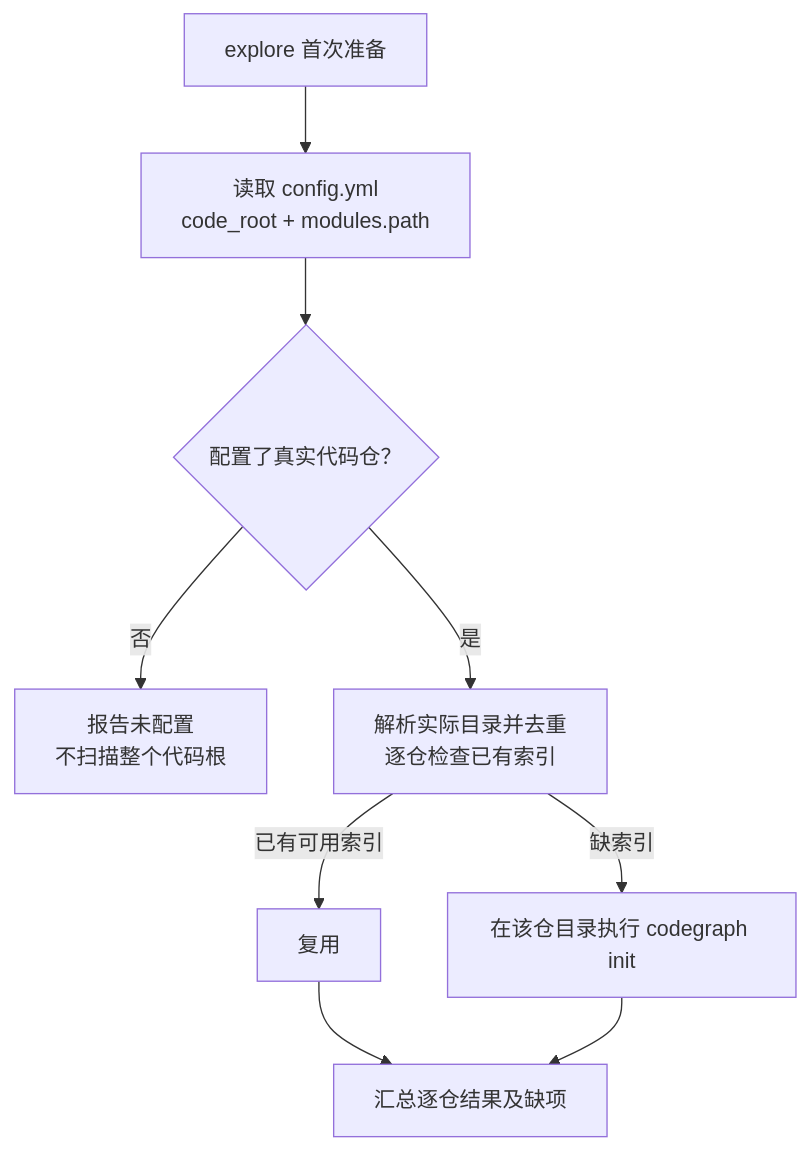
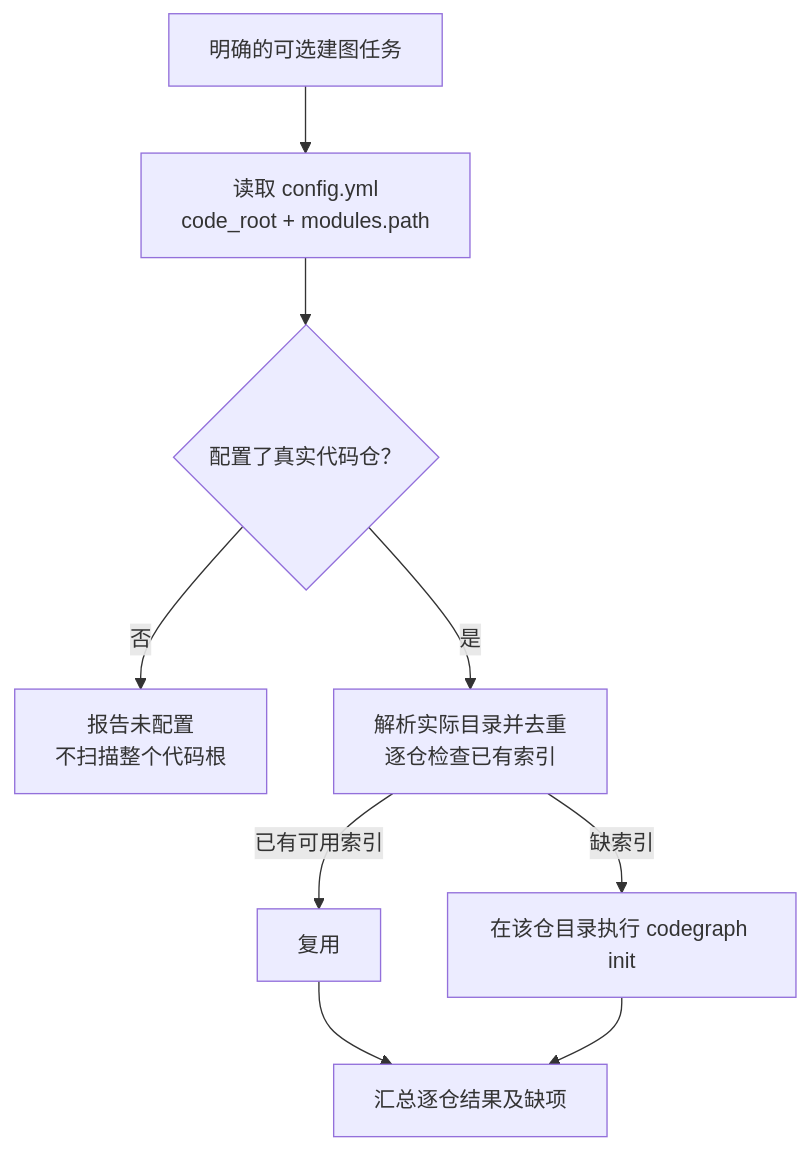
Diagram 21 of 26 in himate/himate-knowledge-wifi-mp/docs-llm-wiki/知识库详细设计.md (Robin-hhc/FactumCore), drawn with Mermaid before and after one commit. The commit also changed other lines of this file and 62 other files, not shown here.

````diff
--- a/himate/himate-knowledge-wifi-mp/docs-llm-wiki/知识库详细设计.md
+++ b/himate/himate-knowledge-wifi-mp/docs-llm-wiki/知识库详细设计.md
@@ -939,11 +927,11 @@
 ```mermaid
 flowchart TD
-    START["explore 首次准备"] --> MAP["读取 config.yml<br/>code_root + modules.path"]
+    START["明确的可选建图任务"] --> MAP["读取 config.yml<br/>code_root + modules.path"]
     MAP --> EMPTY{"配置了真实代码仓？"}
     EMPTY -->|否| GAP["报告未配置<br/>不扫描整个代码根"]
     EMPTY -->|是| CHECK["解析实际目录并去重<br/>逐仓检查已有索引"]
     CHECK -->|已有可用索引| KEEP["复用"]
     CHECK -->|缺索引| INIT["在该仓目录执行 codegraph init"]
     KEEP --> RESULT["汇总逐仓结果及缺项"]
     INIT --> RESULT
 ```
````
